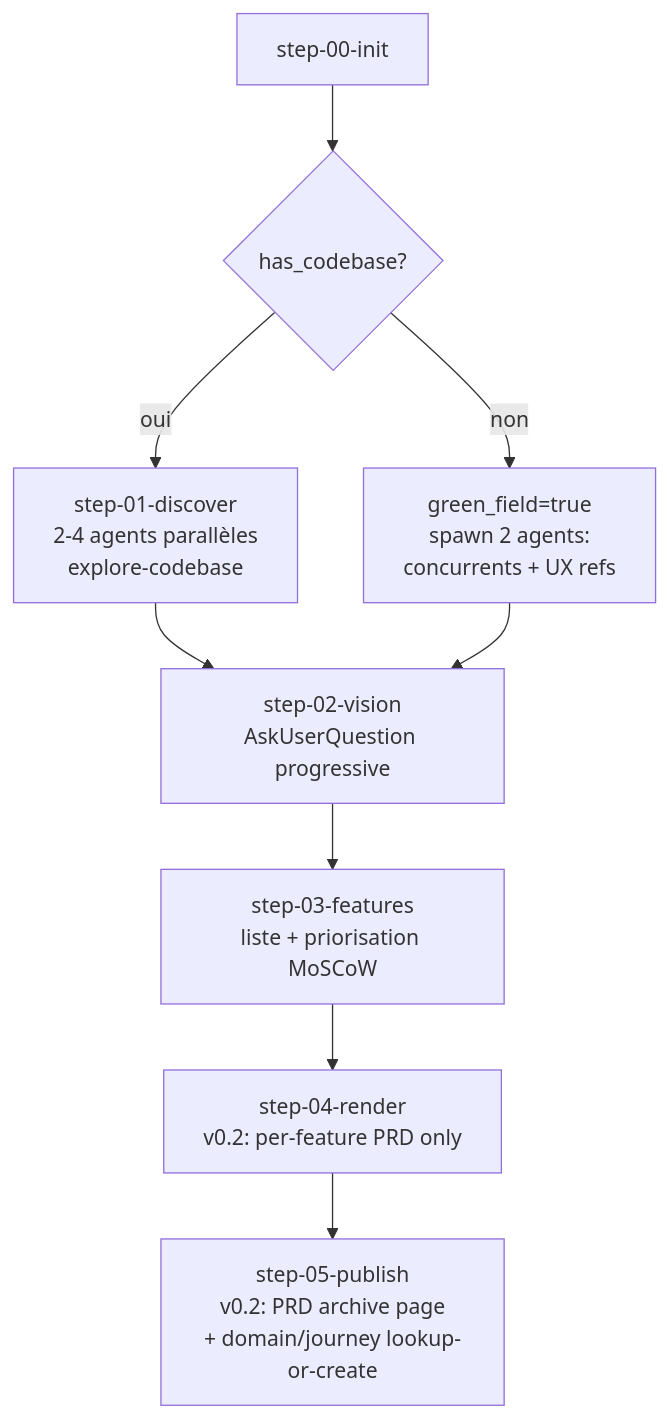
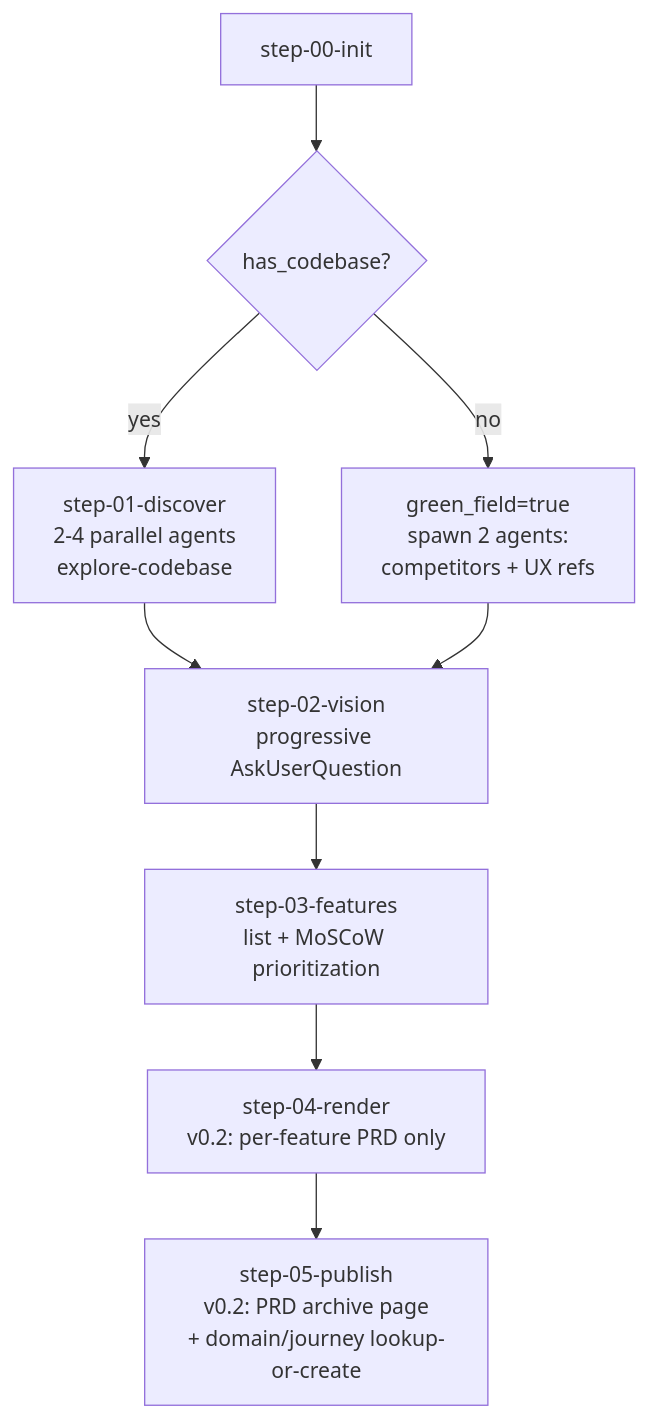
The third of 10 diagrams in docs/usage/diagram.md (BryanBerger98/snapship-plugin), drawn with Mermaid before and after one commit. The commit also changed other lines of this file and 25 other files, not shown here.

````diff
--- a/docs/usage/diagram.md
+++ b/docs/usage/diagram.md
@@ -50,11 +50,11 @@
 ```mermaid
 flowchart TB
     S0[step-00-init] --> DETECT{has_codebase?}
-    DETECT -->|oui| S1[step-01-discover<br/>2-4 agents parallèles<br/>explore-codebase]
-    DETECT -->|non| GREEN[green_field=true<br/>spawn 2 agents:<br/>concurrents + UX refs]
-    S1 --> S2[step-02-vision<br/>AskUserQuestion progressive]
+    DETECT -->|yes| S1[step-01-discover<br/>2-4 parallel agents<br/>explore-codebase]
+    DETECT -->|no| GREEN[green_field=true<br/>spawn 2 agents:<br/>competitors + UX refs]
+    S1 --> S2[step-02-vision<br/>progressive AskUserQuestion]
     GREEN --> S2
-    S2 --> S3[step-03-features<br/>liste + priorisation MoSCoW]
+    S2 --> S3[step-03-features<br/>list + MoSCoW prioritization]
     S3 --> S4[step-04-render<br/>v0.2: per-feature PRD only]
     S4 --> S5[step-05-publish<br/>v0.2: PRD archive page<br/>+ domain/journey lookup-or-create]
 ```
````
